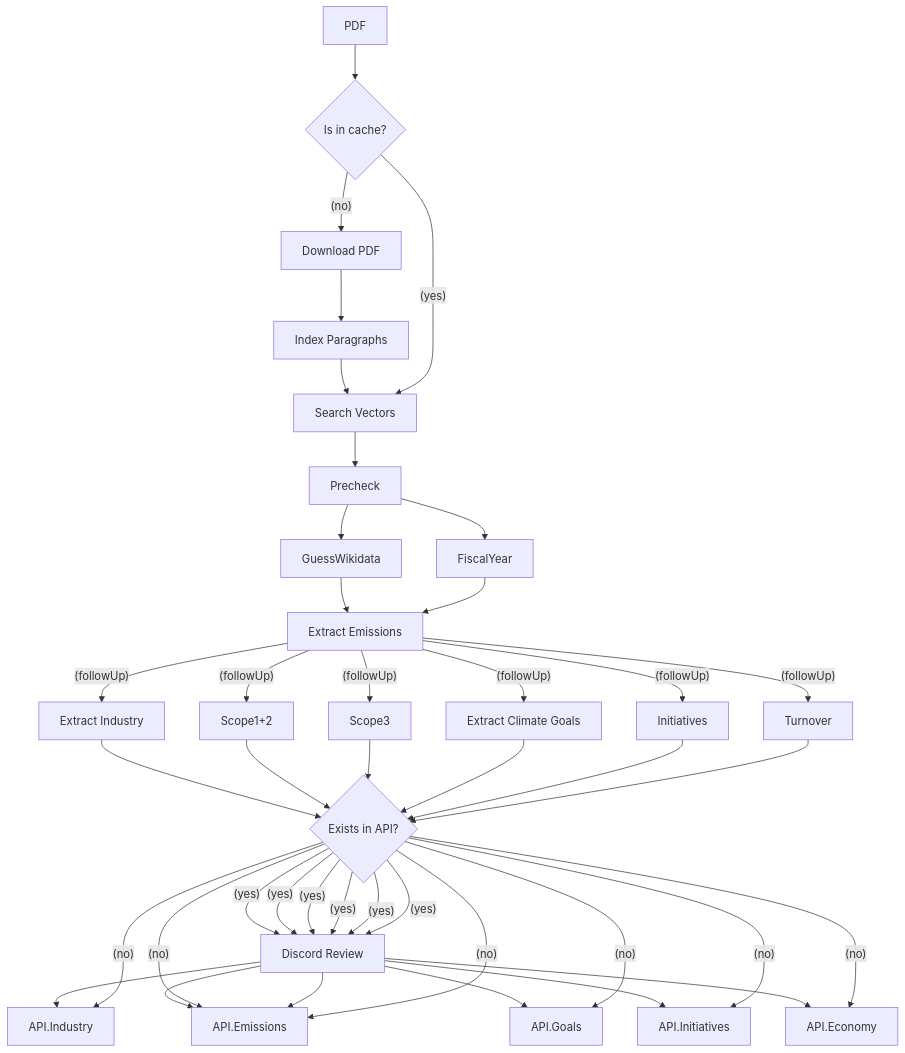
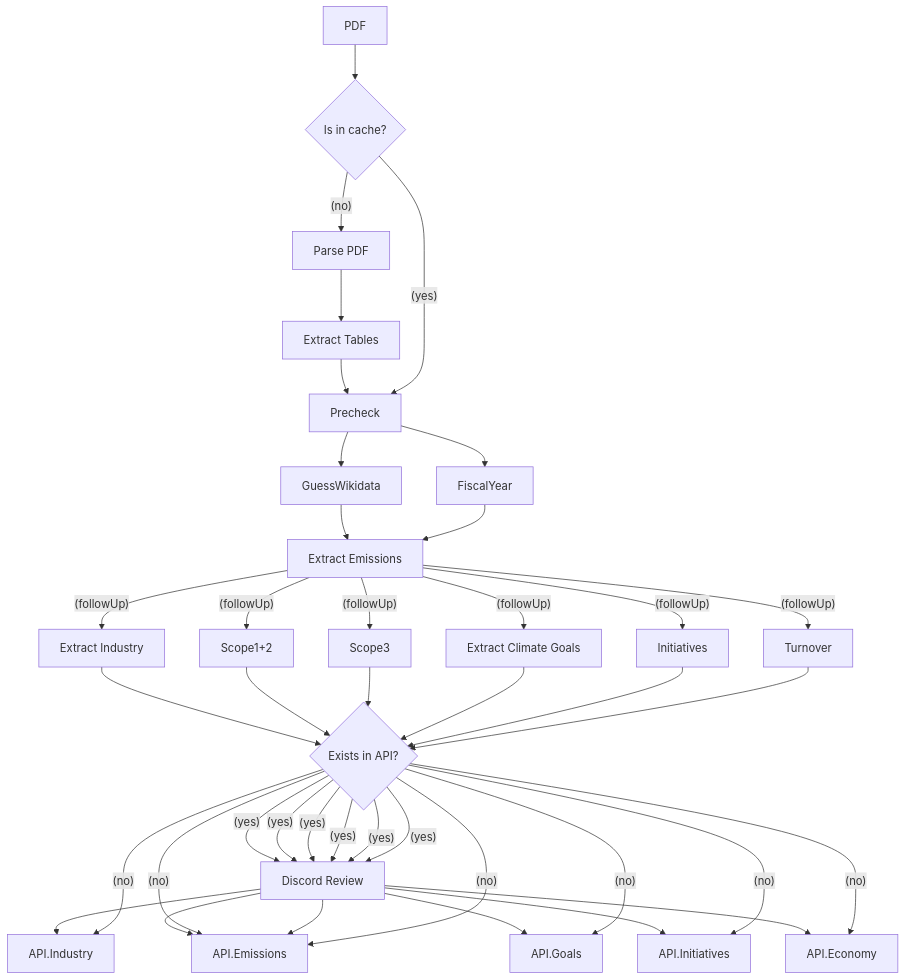
Before and after one commit to Klimatbyran/garbo: the diagram in README.md, drawn with Mermaid. The commit also changed other lines of this file and 25 other files, not shown here.

````diff
--- a/README.md
+++ b/README.md
@@ -19,36 +19,35 @@
 ```mermaid
 flowchart TB
 
     PDF[PDF]
     Cache{Is in cache?}
-    Download[Download PDF]
-    Index[Index Paragraphs]
-    Search[Search Vectors]
+    NLM[Parse PDF]
+    Tables[Extract Tables]
     Emissions[Extract Emissions]
 
     Industry[Extract Industry]
     Goals[Extract Climate Goals]
     Review[Discord Review]
 
     Precheck --> GuessWikidata --> Emissions
     Precheck --> FiscalYear --> Emissions
 
-    PDF --> Cache --(no)--> Download --> Index --> Search --> Precheck
+    PDF --> Cache --(no)--> NLM --> Tables --> Precheck
 
-    Cache --(yes)--> Search
+    Cache --(yes)--> Precheck
 
     CheckDB{Exists in API?}
 
     Emissions --(followUp)--> Industry --> CheckDB --(yes)--> Review --> API.Industry
                                            CheckDB --(no)--> API.Industry
     Emissions --(followUp)--> Scope1+2 --> CheckDB --(yes)--> Review --> API.Emissions
                                            CheckDB --(no)--> API.Emissions
     Emissions --(followUp)--> Scope3 --> CheckDB --(yes)--> Review --> API.Emissions
                                            CheckDB --(no)--> API.Emissions
     Emissions --(followUp)--> Goals --> CheckDB --(yes)--> Review --> API.Goals
                                            CheckDB --(no)--> API.Goals
     Emissions --(followUp)--> Initiatives --> CheckDB --(yes)--> Review --> API.Initiatives
                                            CheckDB --(no)--> API.Initiatives
     Emissions --(followUp)--> Turnover --> CheckDB --(yes)--> Review --> API.Economy
                                            CheckDB --(no)--> API.Economy
 ```
````
